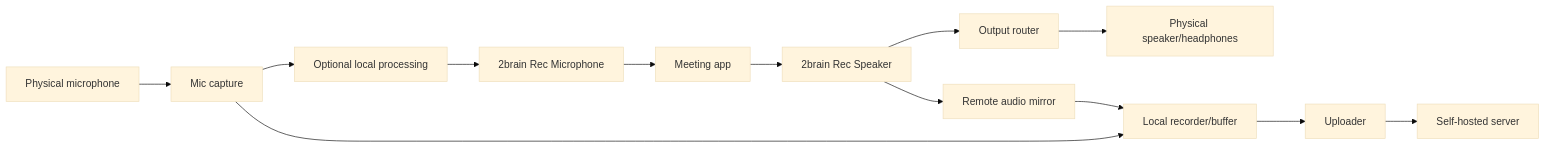
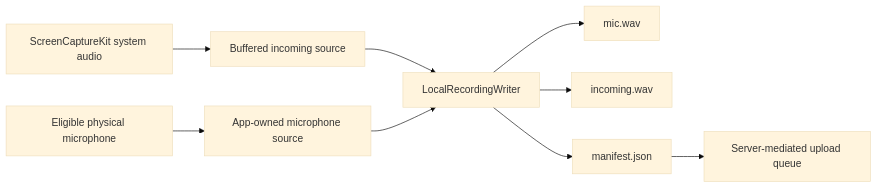
One commit to yshishenya/graf changed the diagram in docs/prd-voice-layer-final.md. Above: the diagram before and after it, drawn with Mermaid (base theme). The commit also changed other lines of this file and 300 other files, not shown here.

````diff
--- a/docs/prd-voice-layer-final.md
+++ b/docs/prd-voice-layer-final.md
@@ -543,15 +524,11 @@
 ```mermaid
 flowchart LR
-  Mic["Physical microphone"] --> MicCapture["Mic capture"]
-  MicCapture --> Processing["Optional local processing"]
-  Processing --> VMic["2brain Rec Microphone"]
-  VMic --> MeetingApp["Meeting app"]
-  MeetingApp --> VSpeaker["2brain Rec Speaker"]
-  VSpeaker --> SpeakerMirror["Remote audio mirror"]
-  VSpeaker --> OutputRouter["Output router"]
-  OutputRouter --> PhysicalOutput["Physical speaker/headphones"]
-  MicCapture --> Recorder["Local recorder/buffer"]
-  SpeakerMirror --> Recorder
-  Recorder --> Uploader["Uploader"]
-  Uploader --> Server["Self-hosted server"]
+  System["ScreenCaptureKit system audio"] --> Incoming["Buffered incoming source"]
+  Mic["Eligible physical microphone"] --> MicSource["App-owned microphone source"]
+  Incoming --> Writer["LocalRecordingWriter"]
+  MicSource --> Writer
+  Writer --> MicFile["mic.wav"]
+  Writer --> IncomingFile["incoming.wav"]
+  Writer --> Manifest["manifest.json"]
+  Manifest --> Queue["Server-mediated upload queue"]
 ```
````
